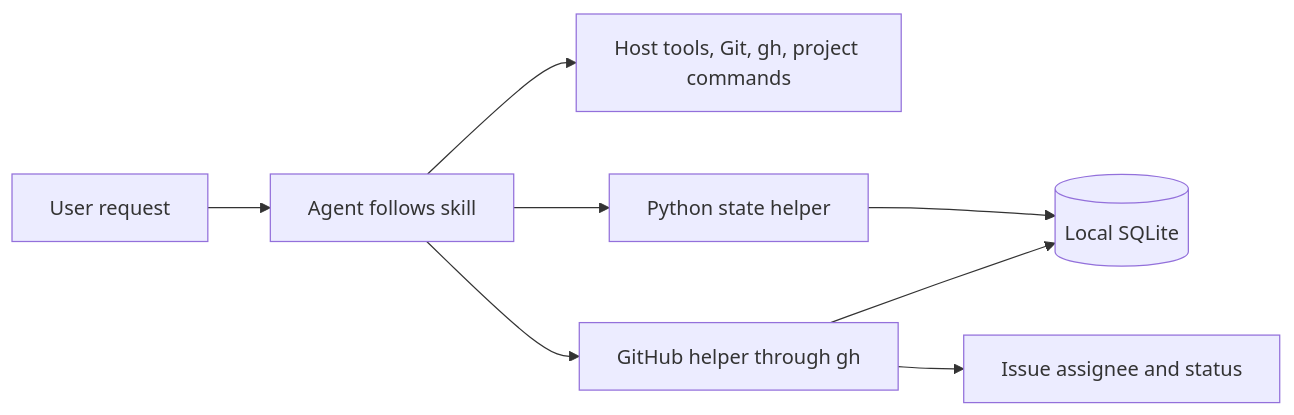
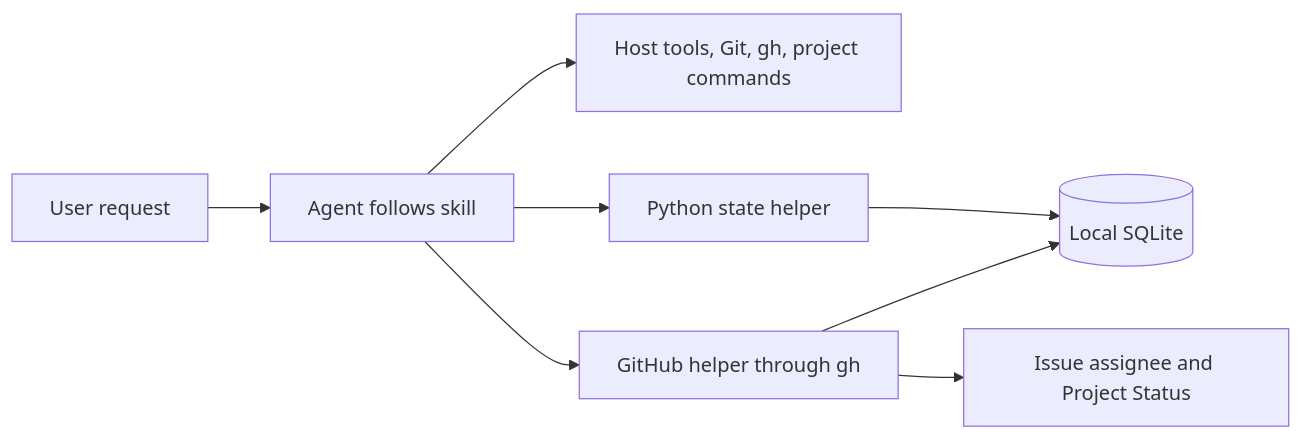
One commit to ebarti/devflow changed the first of 2 diagrams in README.md. Above: the diagram before and after it, drawn with Mermaid. The commit also changed other lines of this file and 6 other files, not shown here.

````diff
--- a/README.md
+++ b/README.md
@@ -46,10 +46,10 @@
 ```mermaid
 flowchart LR
     User[User request] --> Agent[Agent follows skill]
     Agent --> Tools[Host tools, Git, gh, project commands]
     Agent --> Helper[Python state helper]
     Helper --> DB[(Local SQLite)]
     Agent --> GitHub[GitHub helper through gh]
-    GitHub --> Issues[Issue assignee and status]
+    GitHub --> Issues[Issue assignee and Project Status]
     GitHub --> DB
 ```
````
